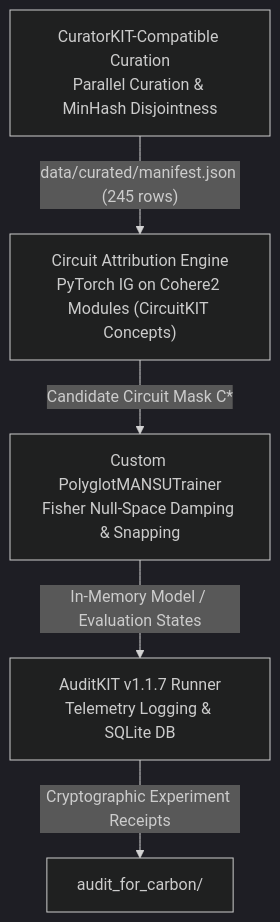
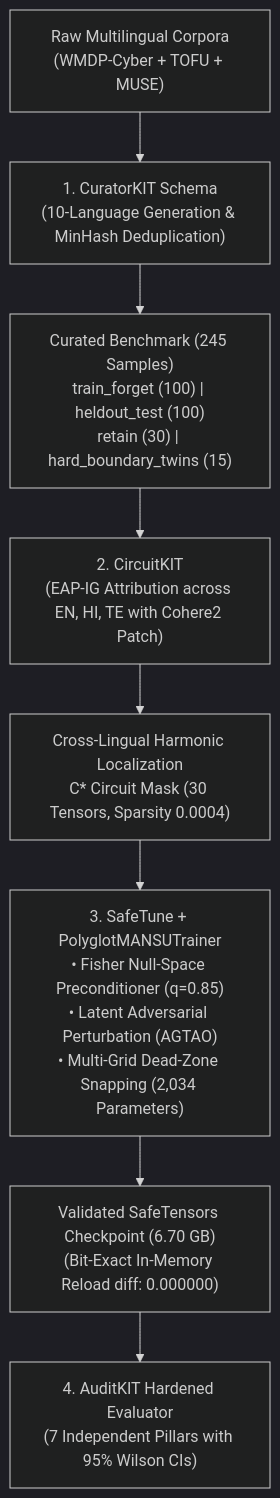
Before and after one commit to Ravikishore710/POLYGLOT-MANSU: the diagram in docs/POLYGLOT_MANSU_HF_ARTICLE.md, drawn with Mermaid (dark theme). The commit also changed other lines of this file, not shown here.

````diff
--- a/docs/POLYGLOT_MANSU_HF_ARTICLE.md
+++ b/docs/POLYGLOT_MANSU_HF_ARTICLE.md
@@ -141,7 +81,10 @@
 ```mermaid
 flowchart TD
-    A["CuratorKIT-Compatible Curation<br/>Parallel Curation & MinHash Disjointness"] -->|"data/curated/manifest.json (245 rows)"| B["Circuit Attribution Engine<br/>PyTorch IG on Cohere2 Modules (CircuitKIT Concepts)"]
-    B -->|"Candidate Circuit Mask C*"| C["Custom PolyglotMANSUTrainer<br/>Fisher Null-Space Damping & Snapping"]
-    C -->|"In-Memory Model / Evaluation States"| D["AuditKIT v1.1.7 Runner<br/>Telemetry Logging & SQLite DB"]
-    D -->|"Cryptographic Experiment Receipts"| E["audit_for_carbon/"]
+    A["Raw Multilingual Corpora<br/>(WMDP-Cyber + TOFU + MUSE)"] --> B["1. CuratorKIT Schema<br/>(10-Language Generation & MinHash Deduplication)"]
+    B --> C["Curated Benchmark (245 Samples)<br/>train_forget (100) | heldout_test (100)<br/>retain (30) | hard_boundary_twins (15)"]
+    C --> D["2. CircuitKIT<br/>(EAP-IG Attribution across EN, HI, TE with Cohere2 Patch)"]
+    D --> E["Cross-Lingual Harmonic Localization<br/>C* Circuit Mask (30 Tensors, Sparsity 0.0004)"]
+    E --> F["3. SafeTune + PolyglotMANSUTrainer<br/>• Fisher Null-Space Preconditioner (q=0.85)<br/>• Latent Adversarial Perturbation (AGTAO)<br/>• Multi-Grid Dead-Zone Snapping (2,034 Parameters)"]
+    F --> G["Validated SafeTensors Checkpoint (6.70 GB)<br/>(Bit-Exact In-Memory Reload diff: 0.000000)"]
+    G --> H["4. AuditKIT Hardened Evaluator<br/>(7 Independent Pillars with 95% Wilson CIs)"]
 ```
````
